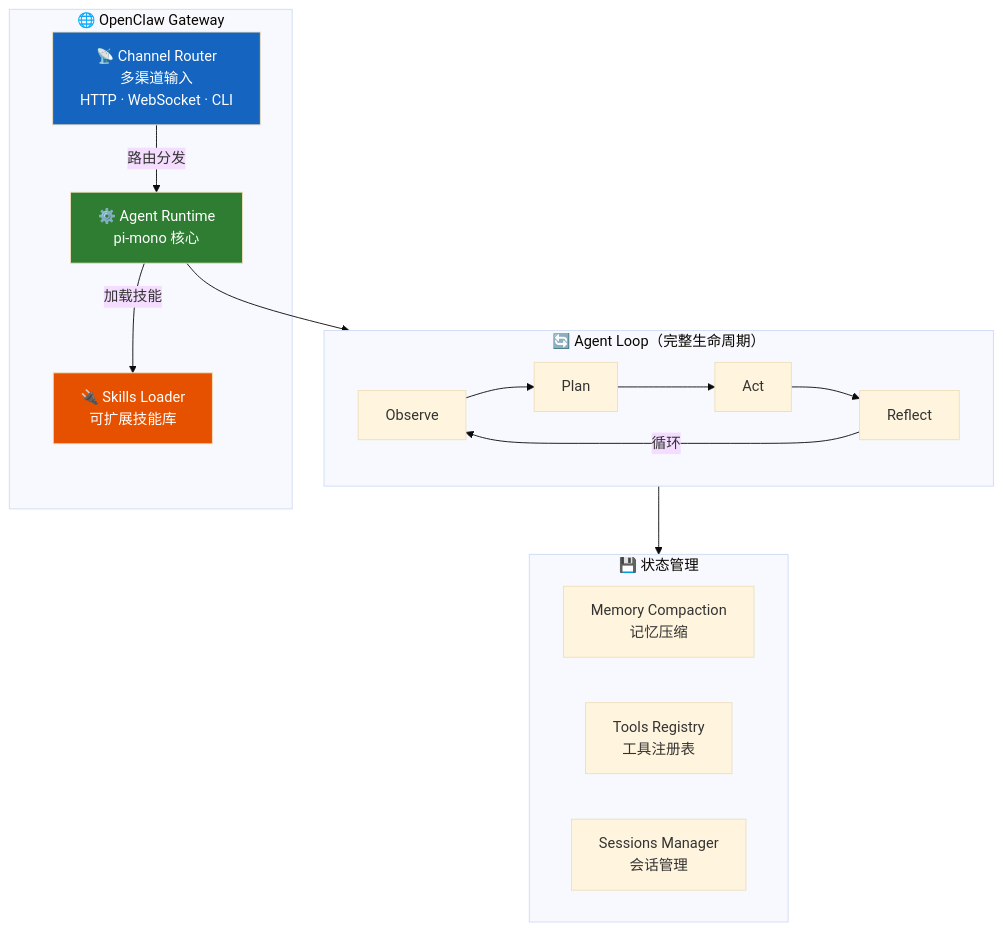
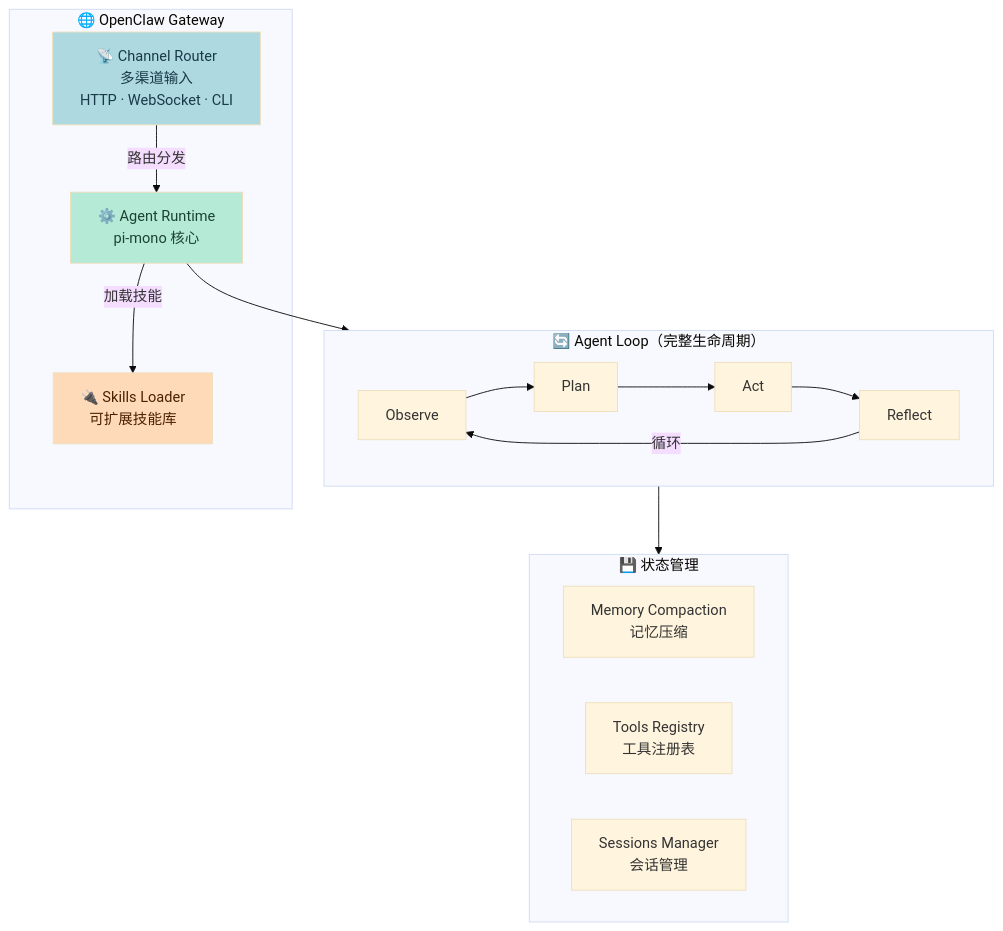
Before and after one commit to xuqi2024/xuqi2024.github.io: the fourth of 5 diagrams in source/_posts/2026-04-14-ai-agent-principles-and-practice.md, drawn with Mermaid (base theme). The commit also changed other lines of this file and 3 other files, not shown here.

First line of the commit message:
style: 将所有 Mermaid 图表配色改为马卡龙色系，修复节点换行显示

````diff
--- a/source/_posts/2026-04-14-ai-agent-principles-and-practice.md
+++ b/source/_posts/2026-04-14-ai-agent-principles-and-practice.md
@@ -805,30 +805,30 @@
 ```mermaid
 graph TD
     subgraph GW["🌐 OpenClaw Gateway"]
         CR["📡 Channel Router<br/>多渠道输入<br/>HTTP · WebSocket · CLI"]
         AR["⚙️ Agent Runtime<br/>pi-mono 核心"]
         SL["🔌 Skills Loader<br/>可扩展技能库"]
 
         CR -->|"路由分发"| AR
         AR -->|"加载技能"| SL
     end
 
     subgraph AL["🔄 Agent Loop（完整生命周期）"]
         direction LR
         OB2["Observe"] --> PL2["Plan"] --> AC2["Act"] --> RF2["Reflect"]
         RF2 -->|"循环"| OB2
     end
 
     subgraph ST["💾 状态管理"]
         MC["Memory Compaction<br/>记忆压缩"]
         TR["Tools Registry<br/>工具注册表"]
         SM["Sessions Manager<br/>会话管理"]
     end
 
     AR --> AL
     AL --> ST
 
-    style CR fill:#1565C0,color:#fff
-    style AR fill:#2E7D32,color:#fff
-    style SL fill:#E65100,color:#fff
+    style CR fill:#AED9E0,color:#1A3A4A
+    style AR fill:#B5EAD7,color:#1B4332
+    style SL fill:#FFDAB9,color:#4A2200
 ```
````
